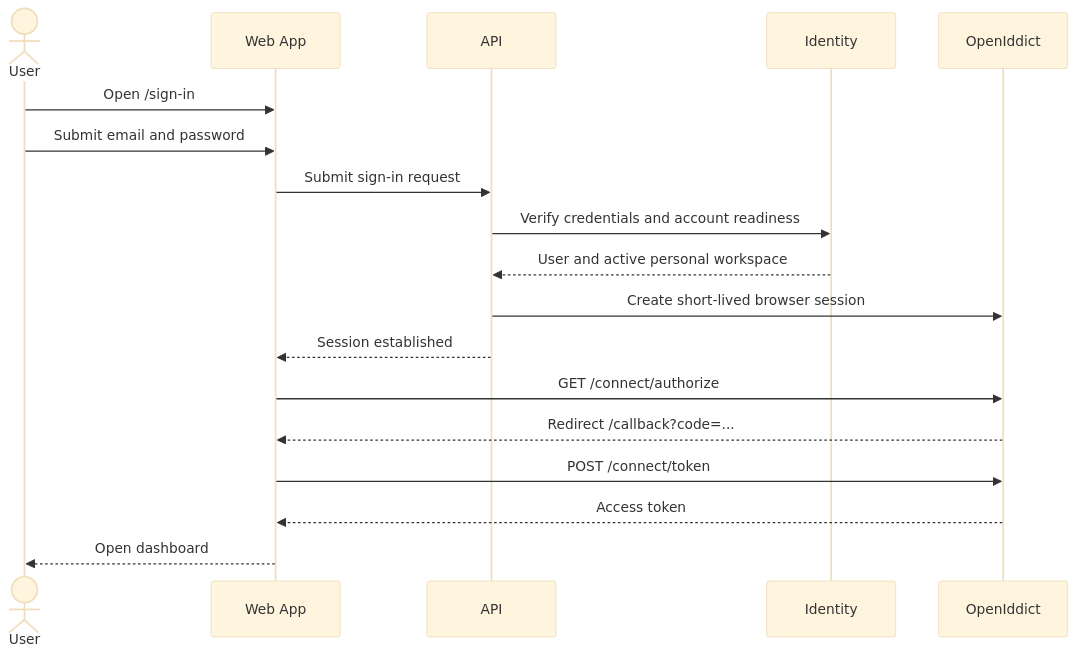
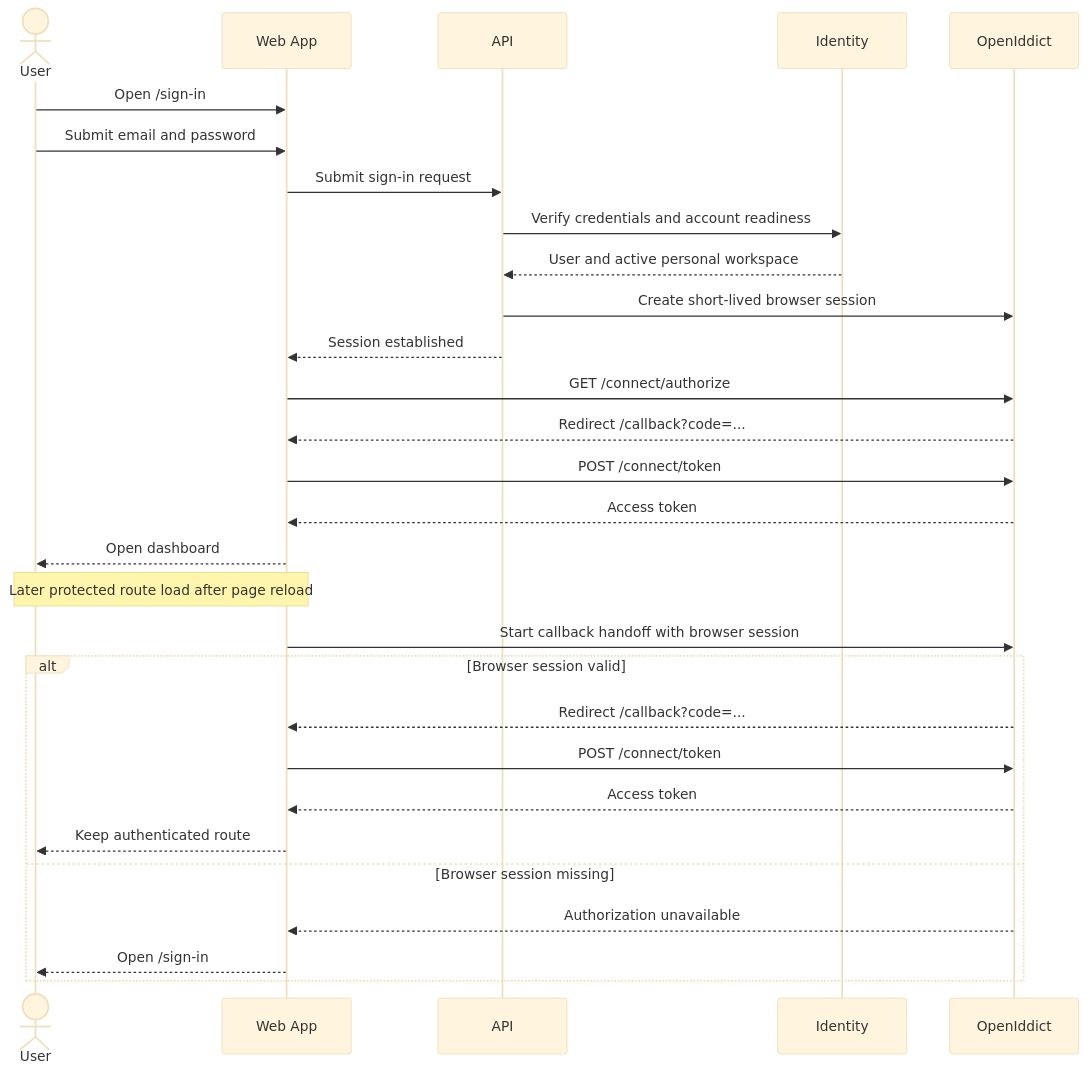
The diagram in docs/use-cases/identity-access/sign-in-user.md (phuongnse/axis), drawn with Mermaid (base theme) before and after one commit. The commit also changed other lines of this file and 88 other files, not shown here.

````diff
--- a/docs/use-cases/identity-access/sign-in-user.md
+++ b/docs/use-cases/identity-access/sign-in-user.md
@@ -105,21 +111,33 @@
 ```mermaid
 sequenceDiagram
   actor User
   participant Web as Web App
   participant API as API
   participant Identity as Identity
   participant OIDC as OpenIddict
 
   User->>Web: Open /sign-in
   User->>Web: Submit email and password
   Web->>API: Submit sign-in request
   API->>Identity: Verify credentials and account readiness
   Identity-->>API: User and active personal workspace
   API->>OIDC: Create short-lived browser session
   API-->>Web: Session established
   Web->>OIDC: GET /connect/authorize
   OIDC-->>Web: Redirect /callback?code=...
   Web->>OIDC: POST /connect/token
   OIDC-->>Web: Access token
   Web-->>User: Open dashboard
+
+  Note over User,Web: Later protected route load after page reload
+  Web->>OIDC: Start callback handoff with browser session
+  alt Browser session valid
+    OIDC-->>Web: Redirect /callback?code=...
+    Web->>OIDC: POST /connect/token
+    OIDC-->>Web: Access token
+    Web-->>User: Keep authenticated route
+  else Browser session missing
+    OIDC-->>Web: Authorization unavailable
+    Web-->>User: Open /sign-in
+  end
 ```
````
